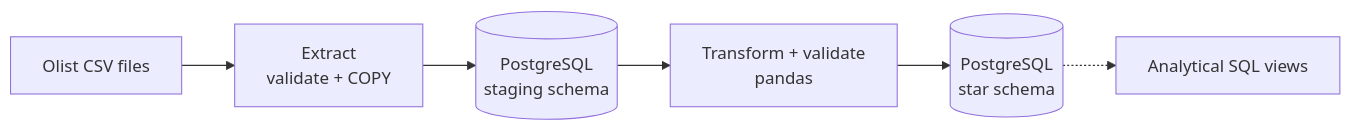
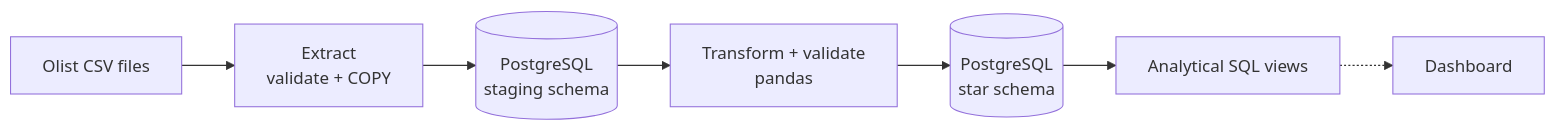
One commit to danny-dunhill/ecommerce-data-pipeline changed the first of 2 diagrams in README.md. Above: the diagram before and after it, drawn with Mermaid. The commit also changed other lines of this file and 10 other files, not shown here.

Commit message:
feat: add analytical views and report command

````diff
--- a/README.md
+++ b/README.md
@@ -15,8 +15,9 @@
 ```mermaid
 flowchart LR
     A[Olist CSV files] --> B[Extract<br/>validate + COPY]
     B --> C[(PostgreSQL<br/>staging schema)]
     C --> D[Transform + validate<br/>pandas]
     D --> E[(PostgreSQL<br/>star schema)]
-    E -.-> F[Analytical SQL views]
+    E --> F[Analytical SQL views]
+    F -.-> G[Dashboard]
 ```
````
